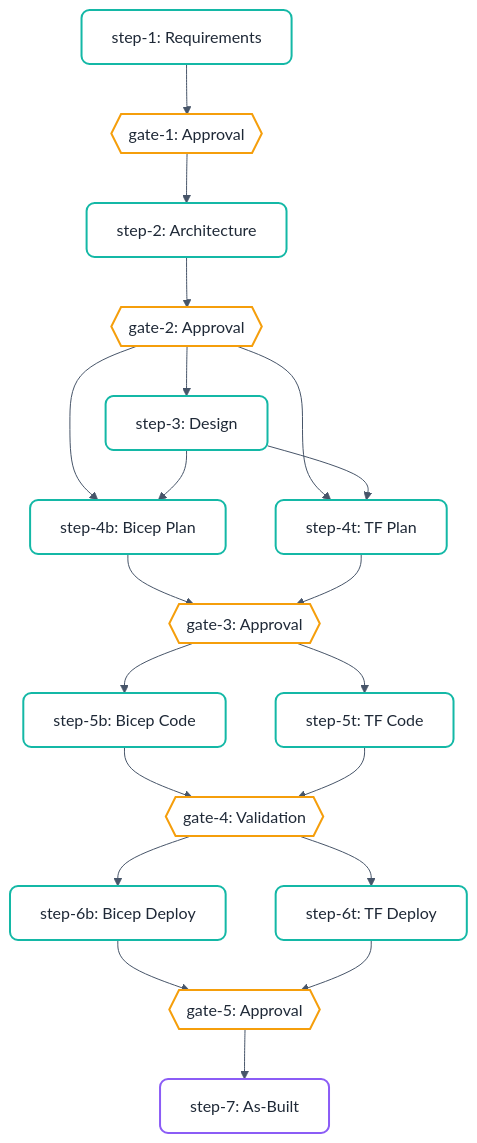
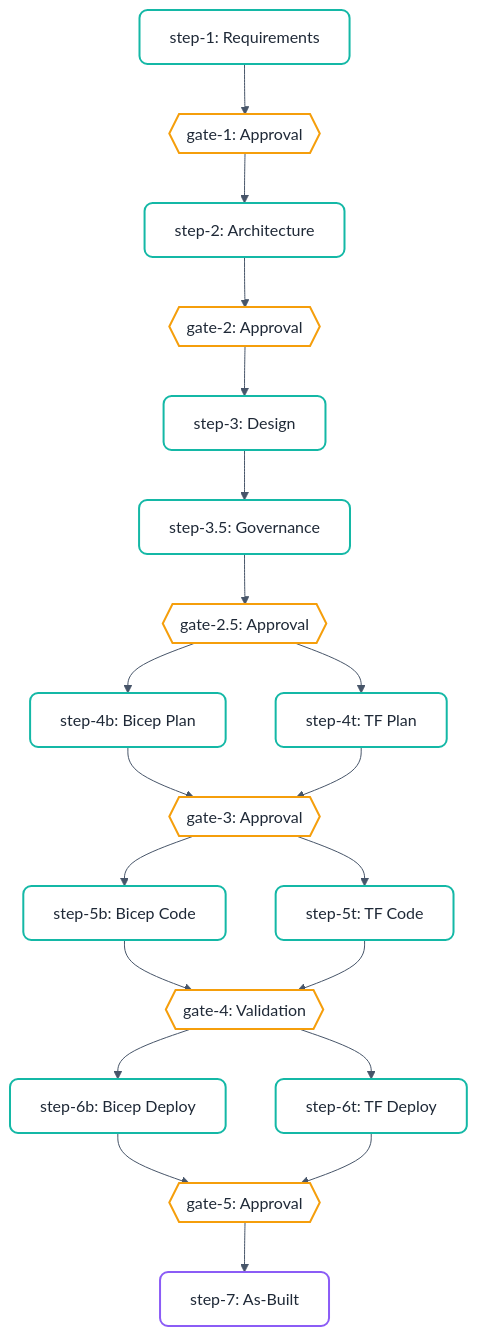
The diagram in docs/how-it-works/workflow-engine.md (jungho/azure-agentic-infraops), drawn with Mermaid before and after one commit. The commit also changed other lines of this file and 7 other files, not shown here.

First line of the commit message:
docs: add governance step to architecture diagrams, remove brittle counts (#235)

````diff
--- a/docs/how-it-works/workflow-engine.md
+++ b/docs/how-it-works/workflow-engine.md
@@ -18,50 +18,53 @@
 ```mermaid
 %%{
   init: {
     'theme': 'base',
     'themeVariables': {
       'primaryColor': '#ffffff',
       'primaryTextColor': '#333333',
       'primaryBorderColor': '#14b8a6',
       'lineColor': '#475569',
       'fontFamily': 'ui-sans-serif, system-ui, -apple-system, sans-serif'
     },
     'flowchart': {
       'curve': 'basis',
       'nodeSpacing': 50,
       'rankSpacing': 50
     }
   }
 }%%
 flowchart TD
     classDef default fill:#ffffff,stroke:#14b8a6,stroke-width:2px,color:#1f2937,rx:8px,ry:8px;
     classDef gate fill:#ffffff,stroke:#f59e0b,stroke-width:2px,color:#1f2937,rx:8px,ry:8px;
     classDef endNode fill:#ffffff,stroke:#8b5cf6,stroke-width:2px,color:#1f2937,rx:8px,ry:8px;
 
     S1["step-1: Requirements"]
     G1{{"gate-1: Approval"}}:::gate
     S2["step-2: Architecture"]
     G2{{"gate-2: Approval"}}:::gate
     S3["step-3: Design"]
+    S35["step-3.5: Governance"]
+    G25{{"gate-2.5: Approval"}}:::gate
     S4B["step-4b: Bicep Plan"]
     S4T["step-4t: TF Plan"]
     G3{{"gate-3: Approval"}}:::gate
     S5B["step-5b: Bicep Code"]
     S5T["step-5t: TF Code"]
     G4{{"gate-4: Validation"}}:::gate
     S6B["step-6b: Bicep Deploy"]
     S6T["step-6t: TF Deploy"]
     G5{{"gate-5: Approval"}}:::gate
     S7["step-7: As-Built"]:::endNode
 
     S1 --> G1 --> S2 --> G2
     G2 --> S3
-    G2 --> S4B & S4T
-    S3 --> S4B & S4T
+    S3 --> S35
+    S35 --> G25
+    G25 --> S4B & S4T
     S4B & S4T --> G3
     G3 --> S5B & S5T
     S5B & S5T --> G4
     G4 --> S6B & S6T
     S6B & S6T --> G5
     G5 --> S7
 ```
````
